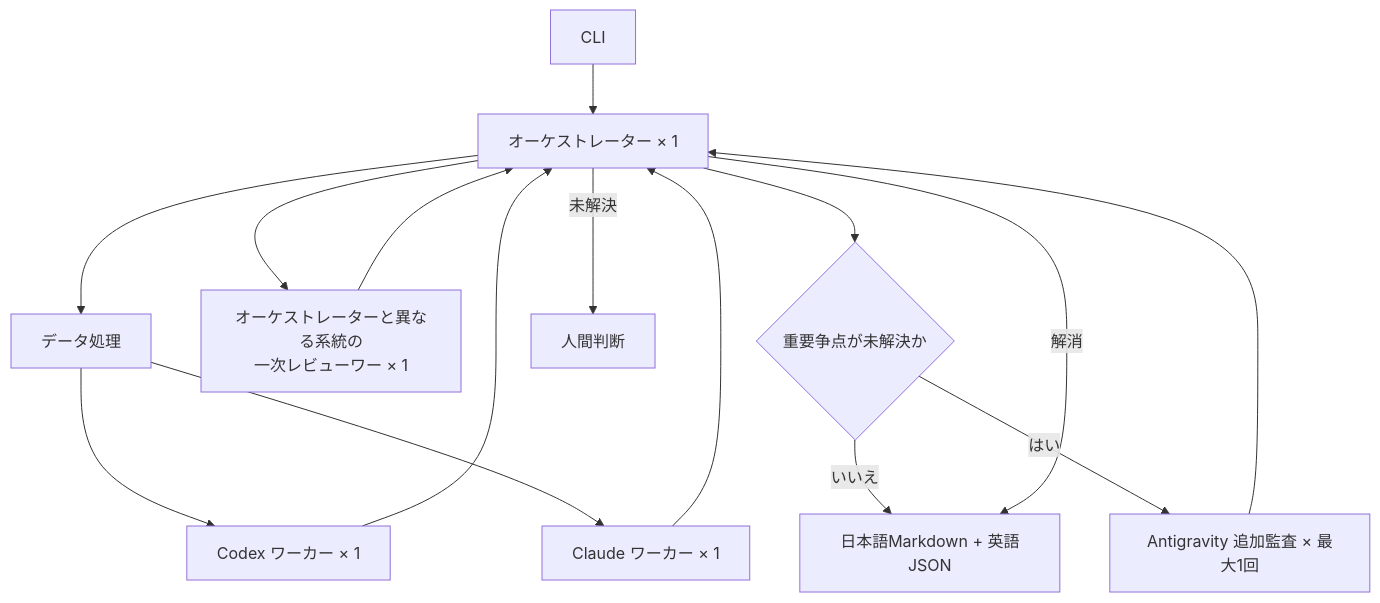
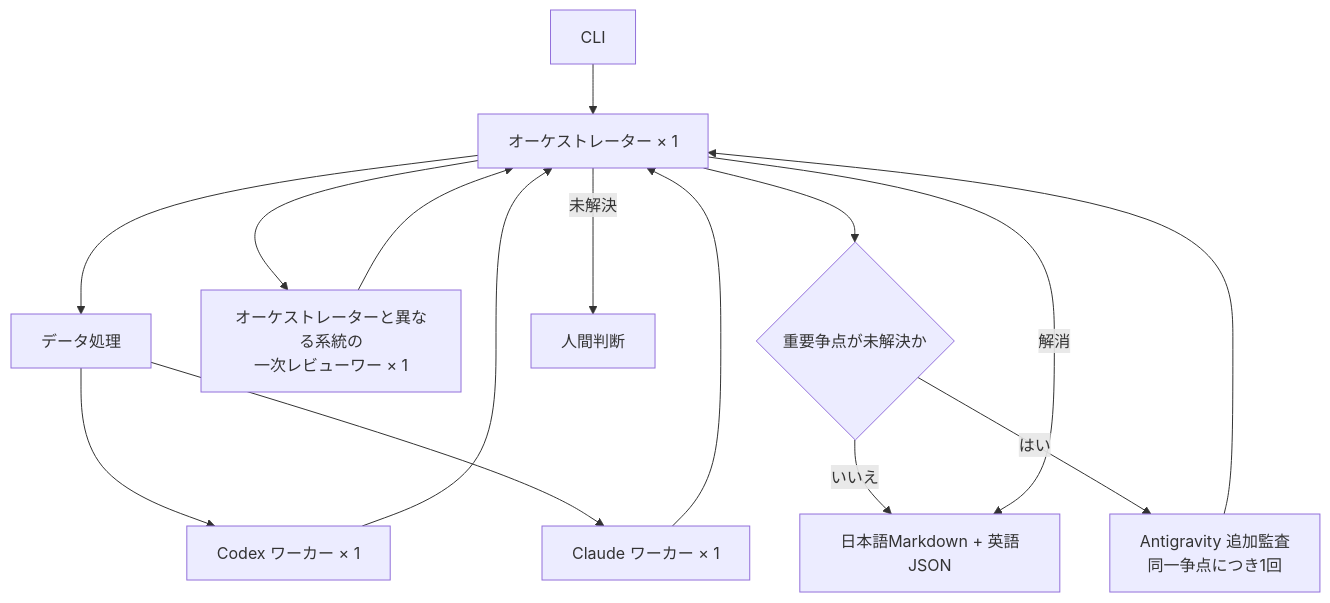
Before and after one commit to toike08D17012/system-trade-with-llm-orchestrator: the seventh of 7 diagrams in docs/design/03-stock-research-system-architecture.md, drawn with Mermaid. The commit also changed other lines of this file and 10 other files, not shown here.

````diff
--- a/docs/design/03-stock-research-system-architecture.md
+++ b/docs/design/03-stock-research-system-architecture.md
@@ -1052,28 +1050,28 @@
 ```mermaid
 flowchart TB
     CLI["CLI"]
     O["オーケストレーター × 1"]
     D["データ処理"]
     C["Codex ワーカー × 1"]
     A["Claude ワーカー × 1"]
     R["オーケストレーターと異なる系統の<br/>一次レビューワー × 1"]
     Q{"重要争点が未解決か"}
-    G["Antigravity 追加監査 × 最大1回"]
+    G["Antigravity 追加監査<br/>同一争点につき1回"]
     F["日本語Markdown + 英語JSON"]
     H["人間判断"]
 
     CLI --> O
     O --> D
     D --> C
     D --> A
     C --> O
     A --> O
     O --> R
     R --> O
     O --> Q
     Q -->|いいえ| F
     Q -->|はい| G
     G --> O
     O -->|解消| F
     O -->|未解決| H
 ```
````
